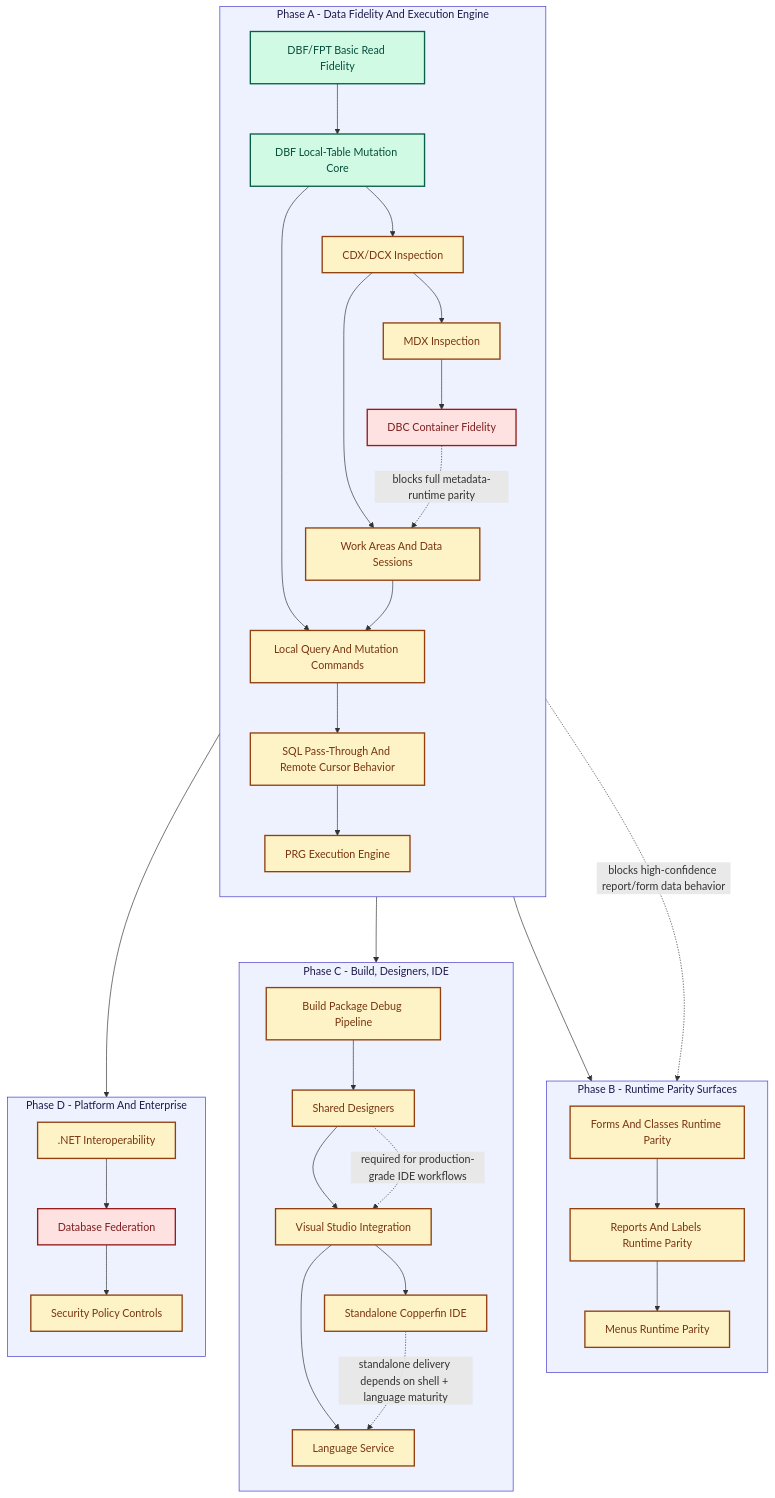
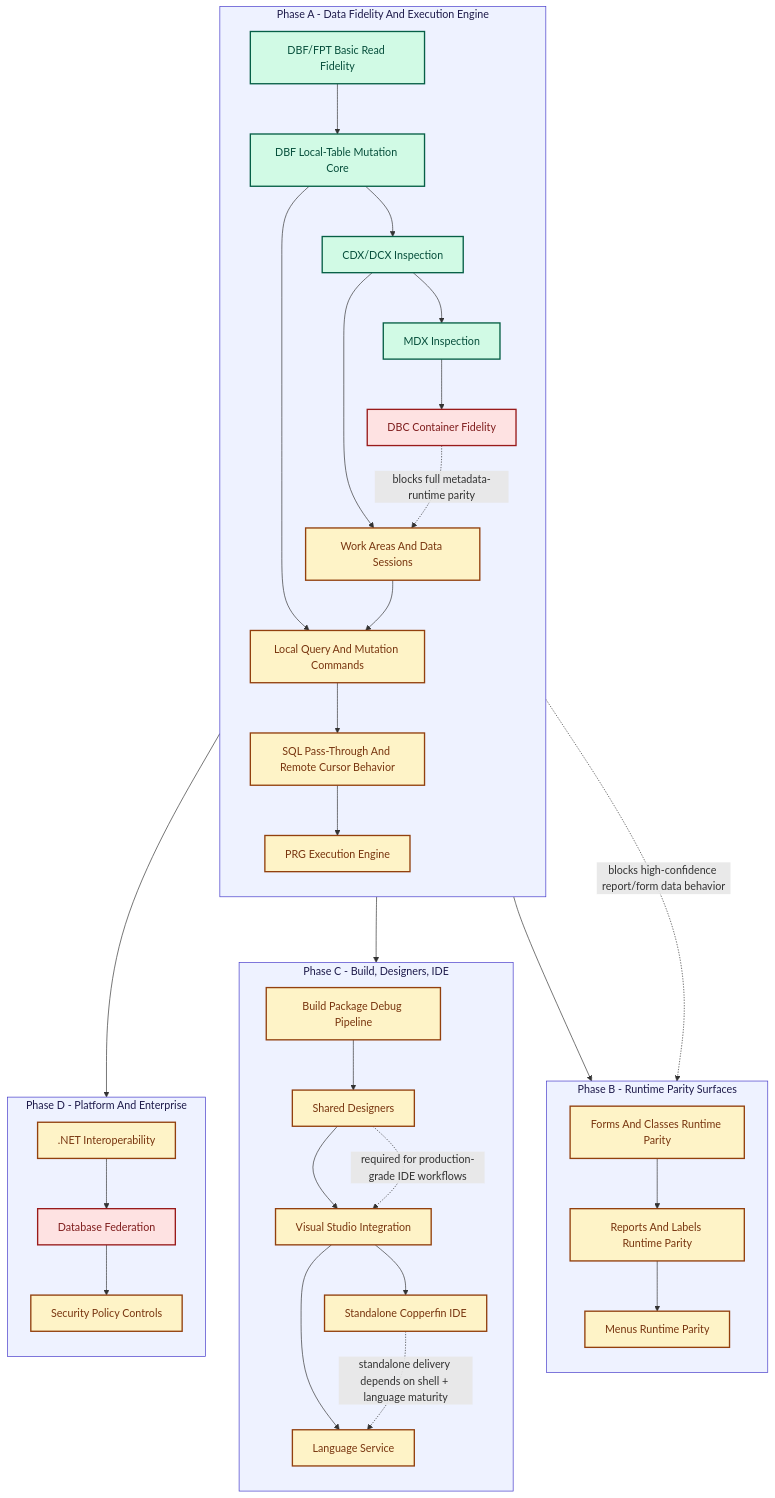
Before and after one commit to rhamenator/Project-Copperfin: the diagram in remaining-work.md, drawn with Mermaid. The commit also changed other lines of this file and 4 other files, not shown here.

````diff
--- a/remaining-work.md
+++ b/remaining-work.md
@@ -53,68 +53,66 @@
 ```mermaid
 flowchart TD
 	classDef done fill:#d1fae5,stroke:#065f46,stroke-width:2px,color:#064e3b;
 	classDef partial fill:#fef3c7,stroke:#92400e,stroke-width:2px,color:#78350f;
 	classDef missing fill:#fee2e2,stroke:#991b1b,stroke-width:2px,color:#7f1d1d;
 	classDef lane fill:#eef2ff,stroke:#4338ca,stroke-width:1px,color:#1e1b4b;
 
 	subgraph P1[Phase A - Data Fidelity And Execution Engine]
 		direction TB
 		A1[DBF/FPT Basic Read Fidelity]
 		A2[DBF Local-Table Mutation Core]
 		A3[CDX/DCX Inspection]
 		A4[MDX Inspection]
 		A5[DBC Container Fidelity]
 		B1[Work Areas And Data Sessions]
 		B2[Local Query And Mutation Commands]
 		B3[SQL Pass-Through And Remote Cursor Behavior]
 		B4[PRG Execution Engine]
 	end
 
 	subgraph P2[Phase B - Runtime Parity Surfaces]
 		direction TB
 		C1[Forms And Classes Runtime Parity]
 		C2[Reports And Labels Runtime Parity]
 		C3[Menus Runtime Parity]
 	end
 
 	subgraph P3[Phase C - Build, Designers, IDE]
 		direction TB
 		D1[Build Package Debug Pipeline]
 		D2[Shared Designers]
 		D3[Visual Studio Integration]
 		D4[Standalone Copperfin IDE]
 		D5[Language Service]
 	end
 
 	subgraph P4[Phase D - Platform And Enterprise]
 		direction TB
 		E1[.NET Interoperability]
 		E2[Database Federation]
 		E3[Security Policy Controls]
 	end
 
 	A1 --> A2 --> A3 --> A4 --> A5
 	A2 --> B2
 	A3 --> B1
 	B1 --> B2 --> B3 --> B4
 
 	B4 --> C1 --> C2 --> C3
 	B4 --> D1 --> D2 --> D3 --> D4
 	D3 --> D5
 	B4 --> E1 --> E2 --> E3
 
 	A5 -. blocks full metadata-runtime parity .-> B1
 	B3 -. blocks high-confidence report/form data behavior .-> C1
 	D2 -. required for production-grade IDE workflows .-> D3
 	D4 -. standalone delivery depends on shell + language maturity .-> D5
 
-	class A1 done;
+	class A1,A2,A3,A4 done;
 
-	class A3,A4,B1,B2,B3,B4,C1,C2,C3,D1,D2,D3,D4,D5,E1,E3 partial;
-
-	class A2 done;
+	class B1,B2,B3,B4,C1,C2,C3,D1,D2,D3,D4,D5,E1,E3 partial;
 
 	class A5,E2 missing;
 
 	class P1,P2,P3,P4 lane;
 ```
````
